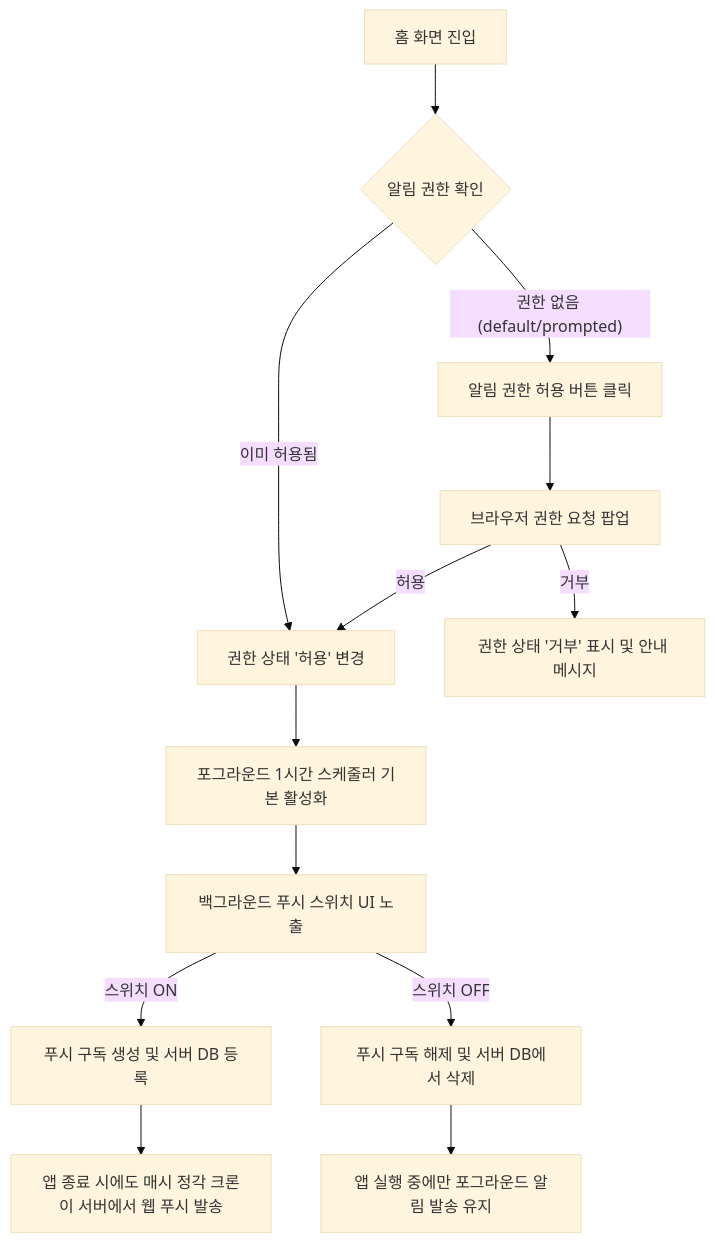
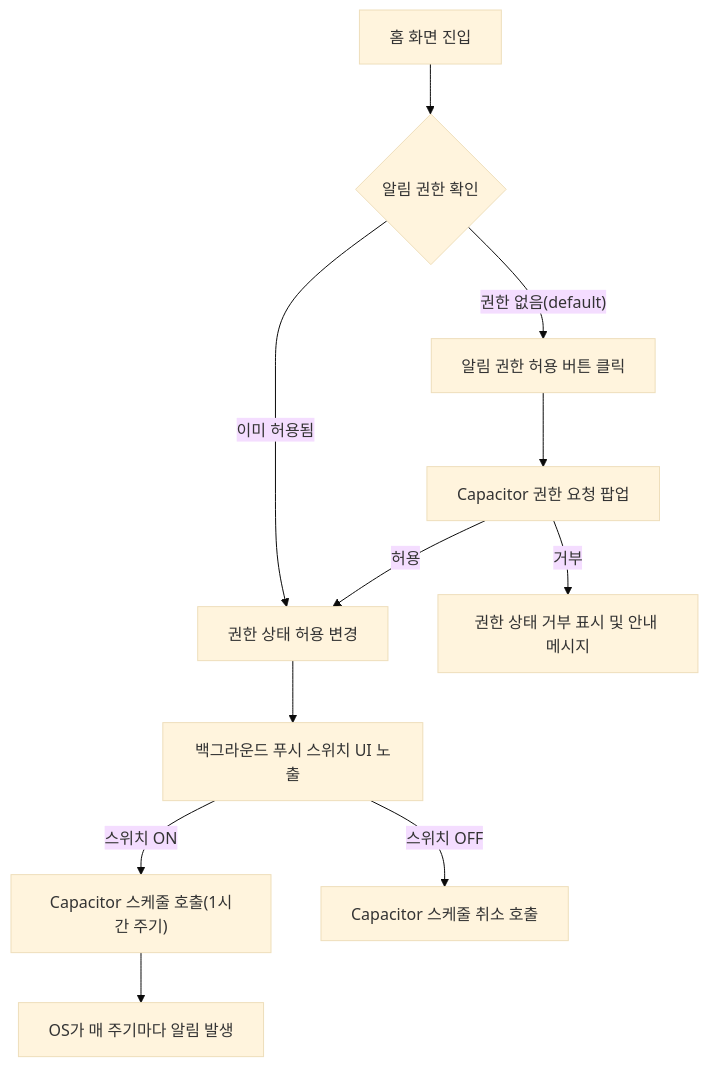
One commit to mann-lab-apps/dimmer-switch changed the first of 2 diagrams in docs/user-flow/push_notification_flow.md. Above: the diagram before and after it, drawn with Mermaid (base theme). The commit also changed other lines of this file and 37 other files, not shown here.

````diff
--- a/docs/user-flow/push_notification_flow.md
+++ b/docs/user-flow/push_notification_flow.md
@@ -17,15 +18,13 @@
 ```mermaid
 flowchart TD
-    A[홈 화면 진입] --> B{알림 권한 확인}
-    B -- 권한 없음 (default/prompted) --> C[알림 권한 허용 버튼 클릭]
-    C --> D[브라우저 권한 요청 팝업]
-    D -- 허용 --> E[권한 상태 '허용' 변경]
-    D -- 거부 --> F[권한 상태 '거부' 표시 및 안내 메시지]
-    B -- 이미 허용됨 --> E
-    E --> K[포그라운드 1시간 스케줄러 기본 활성화]
-    K --> I[백그라운드 푸시 스위치 UI 노출]
-    I -- 스위치 ON --> G[푸시 구독 생성 및 서버 DB 등록]
-    I -- 스위치 OFF --> J[푸시 구독 해제 및 서버 DB에서 삭제]
-    G --> H[앱 종료 시에도 매시 정각 크론이 서버에서 웹 푸시 발송]
-    J --> L[앱 실행 중에만 포그라운드 알림 발송 유지]
+    A["홈 화면 진입"] --> B{"알림 권한 확인"}
+    B -- "권한 없음(default)" --> C["알림 권한 허용 버튼 클릭"]
+    C --> D["Capacitor 권한 요청 팝업"]
+    D -- "허용" --> E["권한 상태 허용 변경"]
+    D -- "거부" --> F["권한 상태 거부 표시 및 안내 메시지"]
+    B -- "이미 허용됨" --> E
+    E --> I["백그라운드 푸시 스위치 UI 노출"]
+    I -- "스위치 ON" --> G["Capacitor 스케줄 호출(1시간 주기)"]
+    I -- "스위치 OFF" --> J["Capacitor 스케줄 취소 호출"]
+    G --> H["OS가 매 주기마다 알림 발생"]
 ```
````
